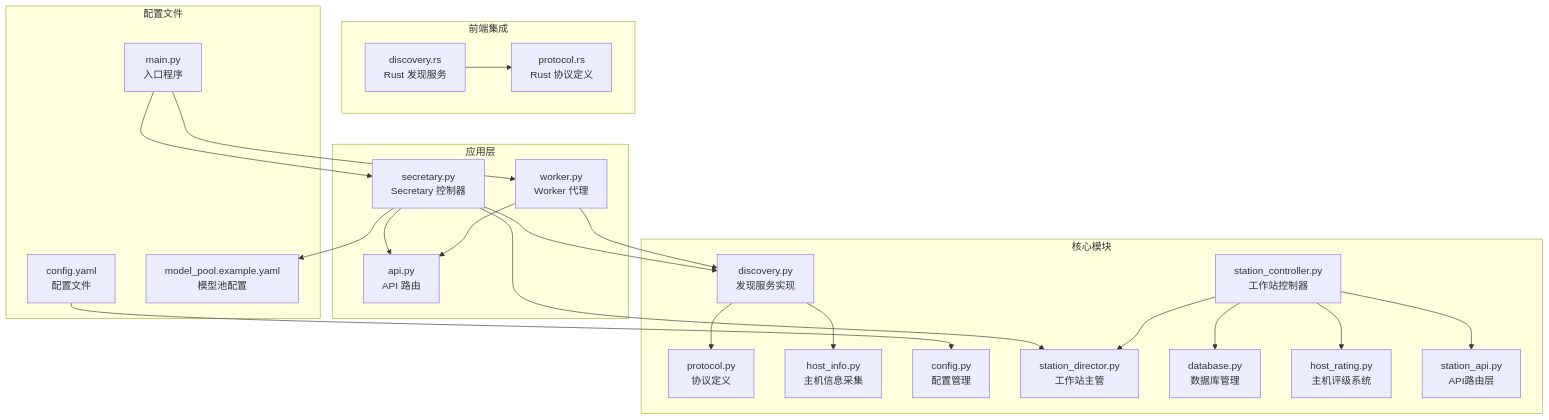
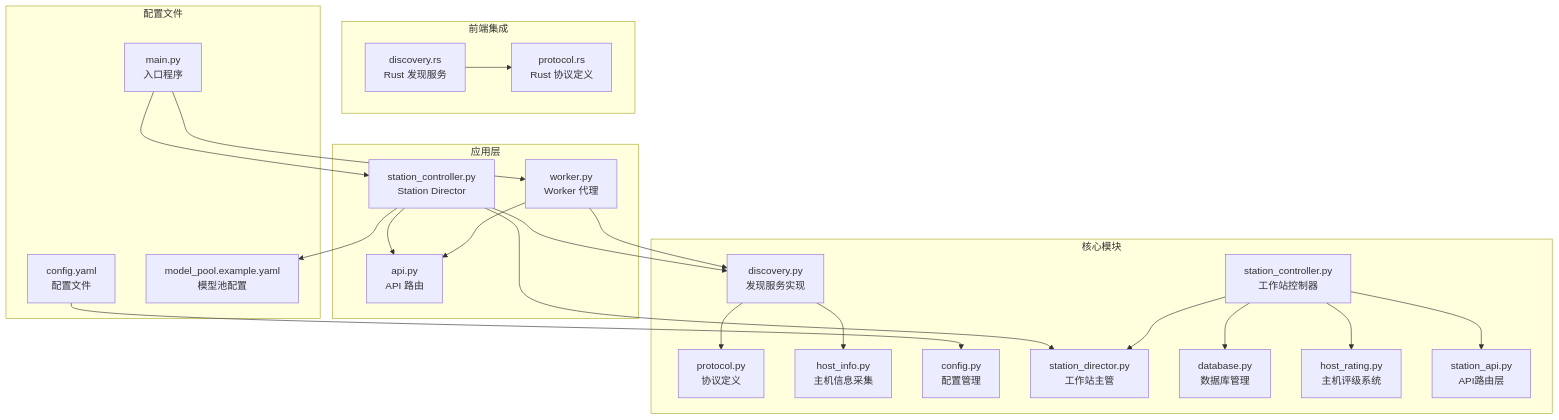
Before and after one commit to targalian/Personal-distributed-workstation: the first of 18 diagrams in .qoder/repowiki/zh/content/核心模块/设备发现系统.md, drawn with Mermaid. The commit also changed other lines of this file and 63 other files, not shown here.

Commit message:
docs(station): 同步 repo wiki 至 station_controller/station_api 架构

````diff
--- a/.qoder/repowiki/zh/content/核心模块/设备发现系统.md
+++ b/.qoder/repowiki/zh/content/核心模块/设备发现系统.md
@@ -64,44 +64,44 @@
 ```mermaid
 graph TB
 subgraph "核心模块"
 A[discovery.py<br/>发现服务实现]
 B[protocol.py<br/>协议定义]
 C[host_info.py<br/>主机信息采集]
 D[config.py<br/>配置管理]
 E[station_controller.py<br/>工作站控制器]
 F[station_director.py<br/>工作站主管]
 G[database.py<br/>数据库管理]
 H[host_rating.py<br/>主机评级系统]
 I[station_api.py<br/>API路由层]
 end
 subgraph "应用层"
-J[secretary.py<br/>Secretary 控制器]
+J[station_controller.py<br/>Station Director]
 K[worker.py<br/>Worker 代理]
 L[api.py<br/>API 路由]
 end
 subgraph "前端集成"
 M[discovery.rs<br/>Rust 发现服务]
 N[protocol.rs<br/>Rust 协议定义]
 end
 subgraph "配置文件"
 O[config.yaml<br/>配置文件]
 P[main.py<br/>入口程序]
 Q[model_pool.example.yaml<br/>模型池配置]
 end
 A --> B
 A --> C
 J --> A
 J --> F
 K --> A
 J --> L
 K --> L
 E --> G
 E --> H
 E --> F
 E --> I
 M --> N
 O --> D
 P --> J
 P --> K
 J --> Q
 ```
````
